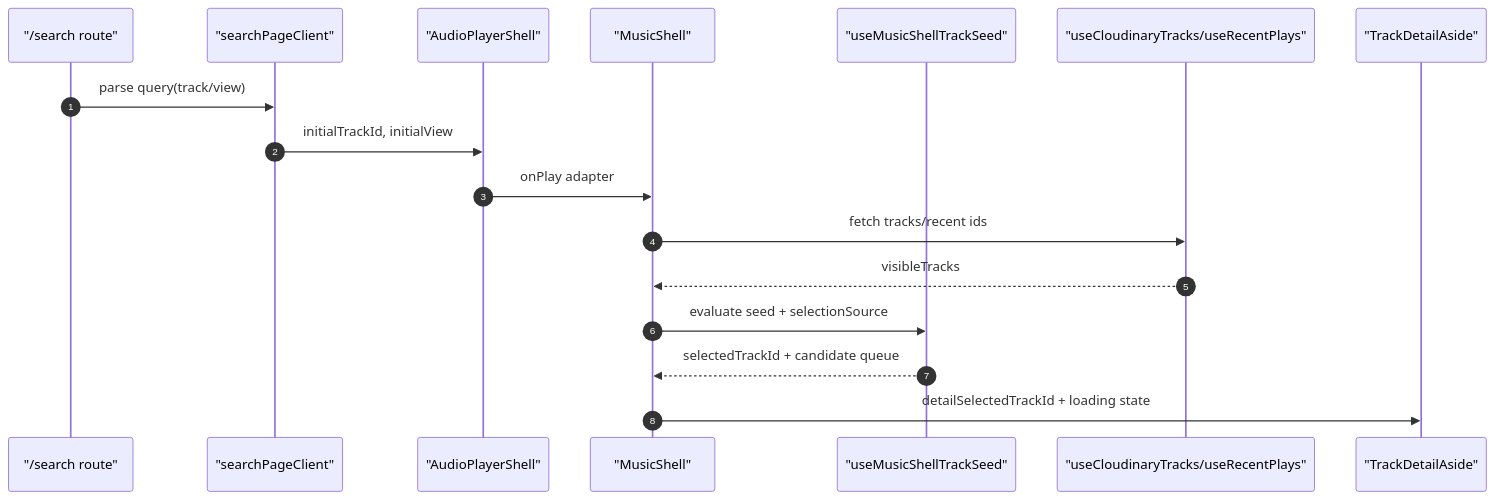
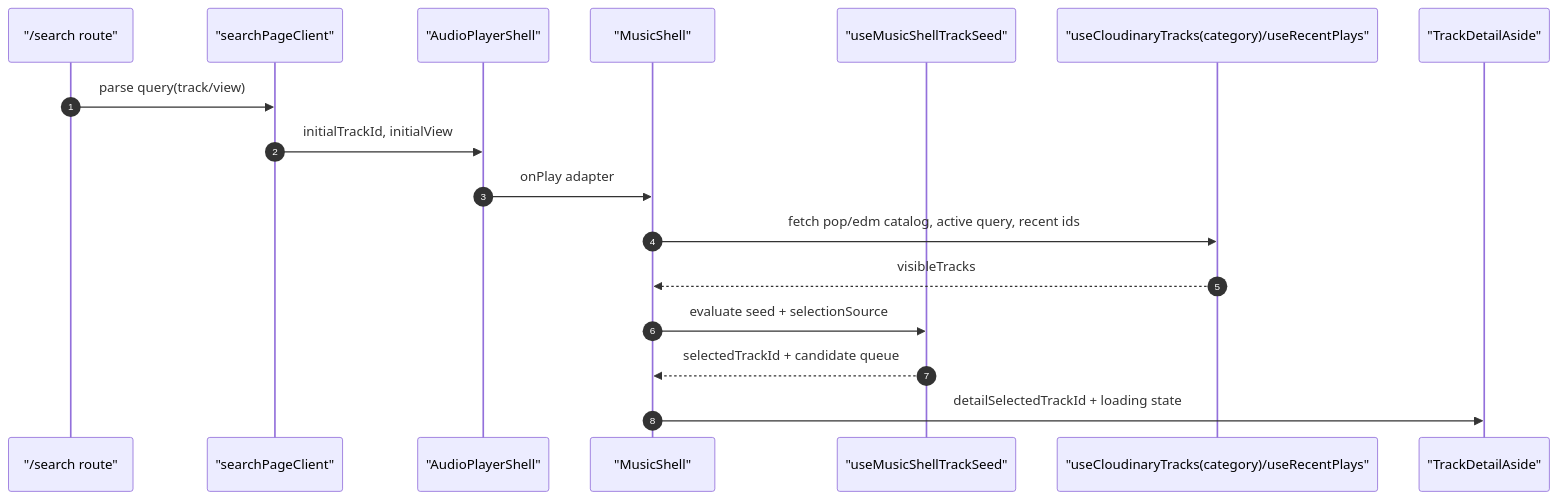
The third of 12 diagrams in docs/architecture/README.md (HappyMarmot123/EDMM), drawn with Mermaid before and after one commit. The commit also changed other lines of this file, not shown here.

Commit message:
fix(docs): update architecture document with new date and UI policy details

````diff
--- a/docs/architecture/README.md
+++ b/docs/architecture/README.md
@@ -143,19 +150,19 @@
 ```mermaid
 sequenceDiagram
 autonumber
 participant Route as "/search route"
 participant Client as "searchPageClient"
 participant AudioShell as "AudioPlayerShell"
 participant Shell as "MusicShell"
 participant Seed as "useMusicShellTrackSeed"
-participant Tracks as "useCloudinaryTracks/useRecentPlays"
+participant Tracks as "useCloudinaryTracks(category)/useRecentPlays"
 participant Detail as "TrackDetailAside"
 Route->>Client: parse query(track/view)
 Client->>AudioShell: initialTrackId, initialView
 AudioShell->>Shell: onPlay adapter
-Shell->>Tracks: fetch tracks/recent ids
+Shell->>Tracks: fetch pop/edm catalog, active query, recent ids
 Tracks-->>Shell: visibleTracks
 Shell->>Seed: evaluate seed + selectionSource
 Seed-->>Shell: selectedTrackId + candidate queue
 Shell->>Detail: detailSelectedTrackId + loading state
 ```
````
